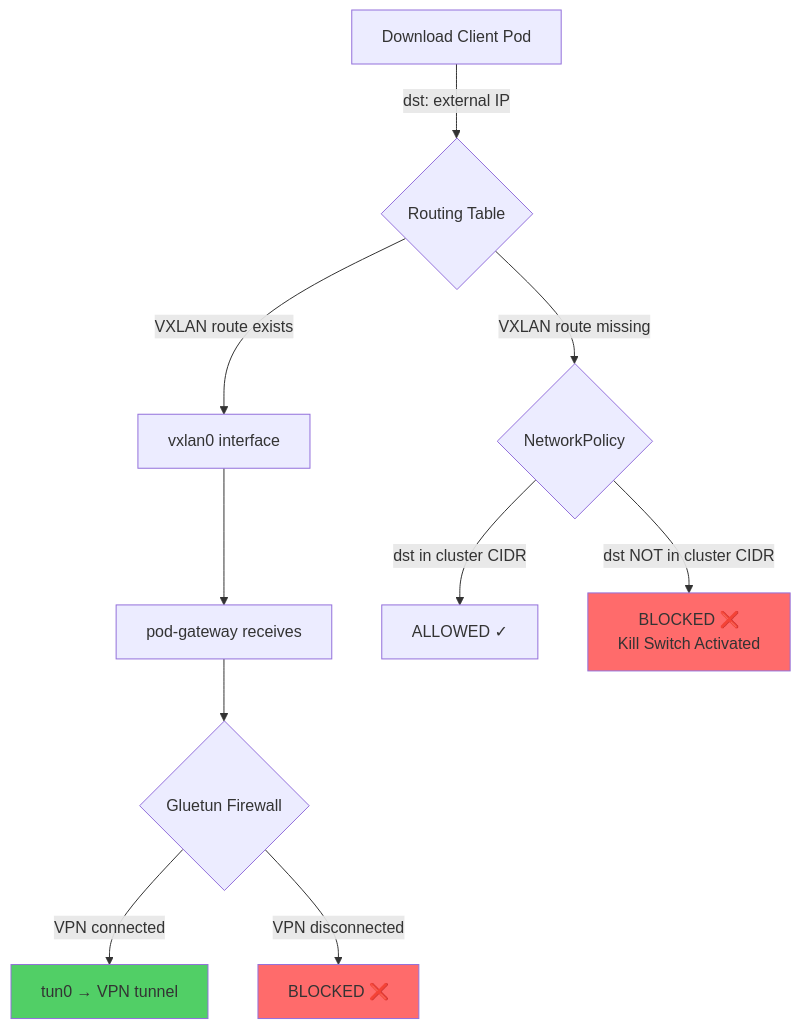
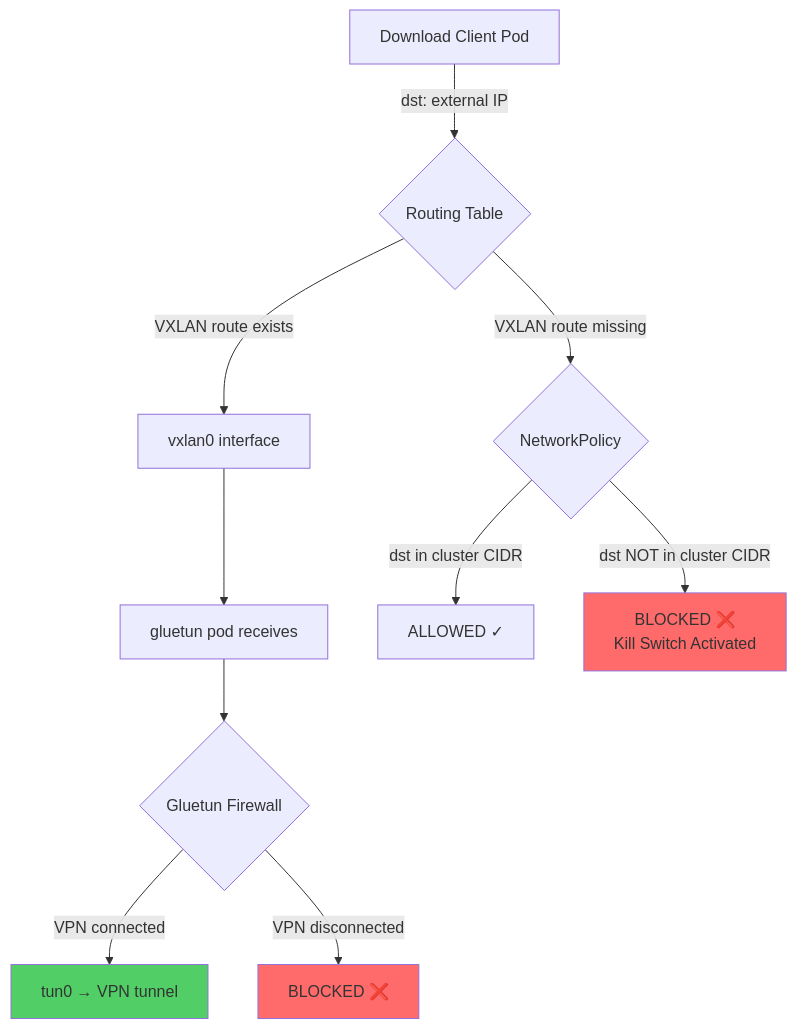
Before and after one commit to charmarr/charmarr-meta: the diagram in adr/networking/adr-004-vpn-kill-switch.md, drawn with Mermaid. The commit also changed other lines of this file and 5 other files, not shown here.

````diff
--- a/adr/networking/adr-004-vpn-kill-switch.md
+++ b/adr/networking/adr-004-vpn-kill-switch.md
@@ -20,18 +24,18 @@
 ```mermaid
 graph TD
     A[Download Client Pod] -->|dst: external IP| B{Routing Table}
     B -->|VXLAN route exists| C[vxlan0 interface]
     B -->|VXLAN route missing| D{NetworkPolicy}
 
-    C --> E[pod-gateway receives]
+    C --> E[gluetun pod receives]
     E --> F{Gluetun Firewall}
     F -->|VPN connected| G[tun0 → VPN tunnel]
     F -->|VPN disconnected| H[BLOCKED ❌]
 
     D -->|dst in cluster CIDR| I[ALLOWED ✓]
     D -->|dst NOT in cluster CIDR| J[BLOCKED ❌<br/>Kill Switch Activated]
 
     style H fill:#ff6b6b
     style J fill:#ff6b6b
     style G fill:#51cf66
 ```
````
